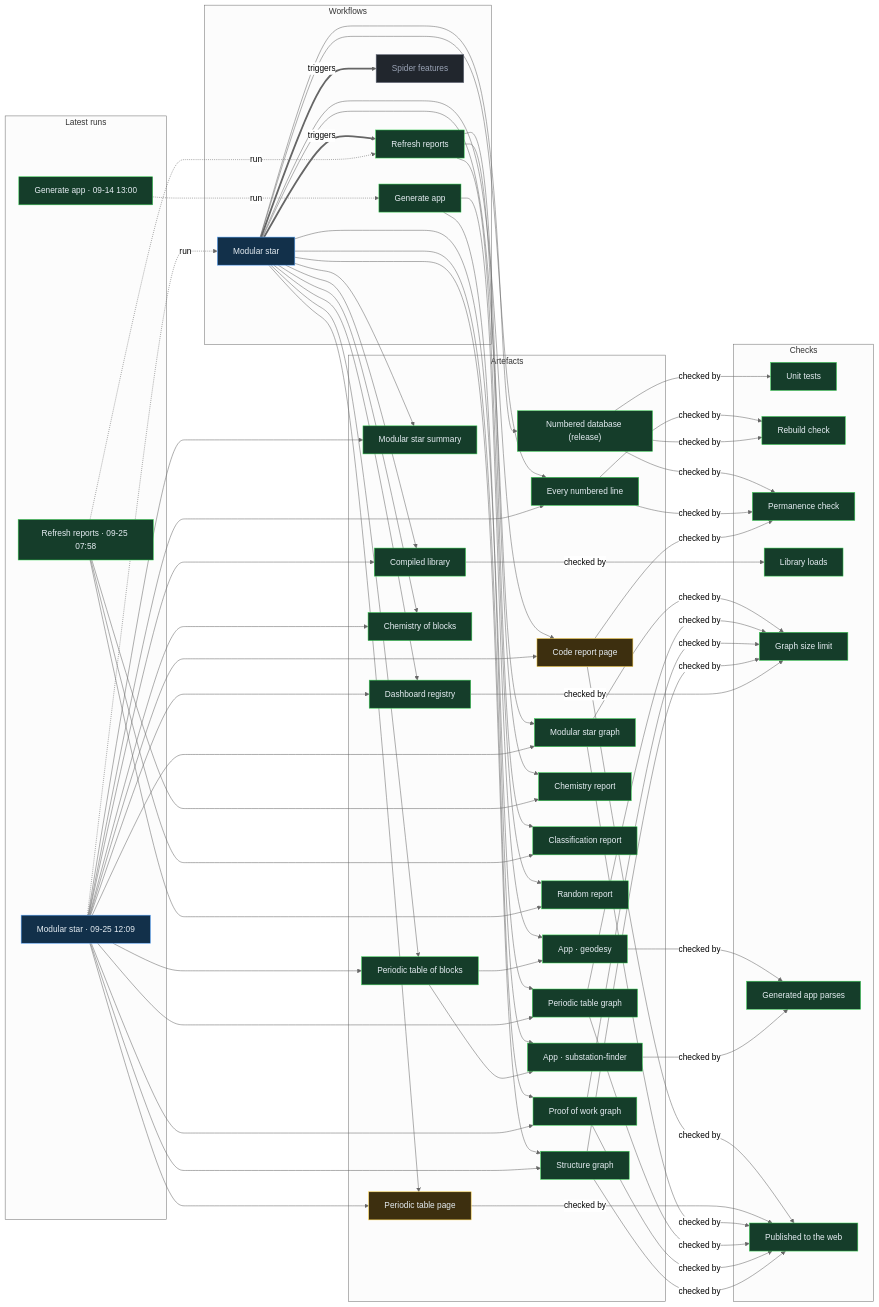
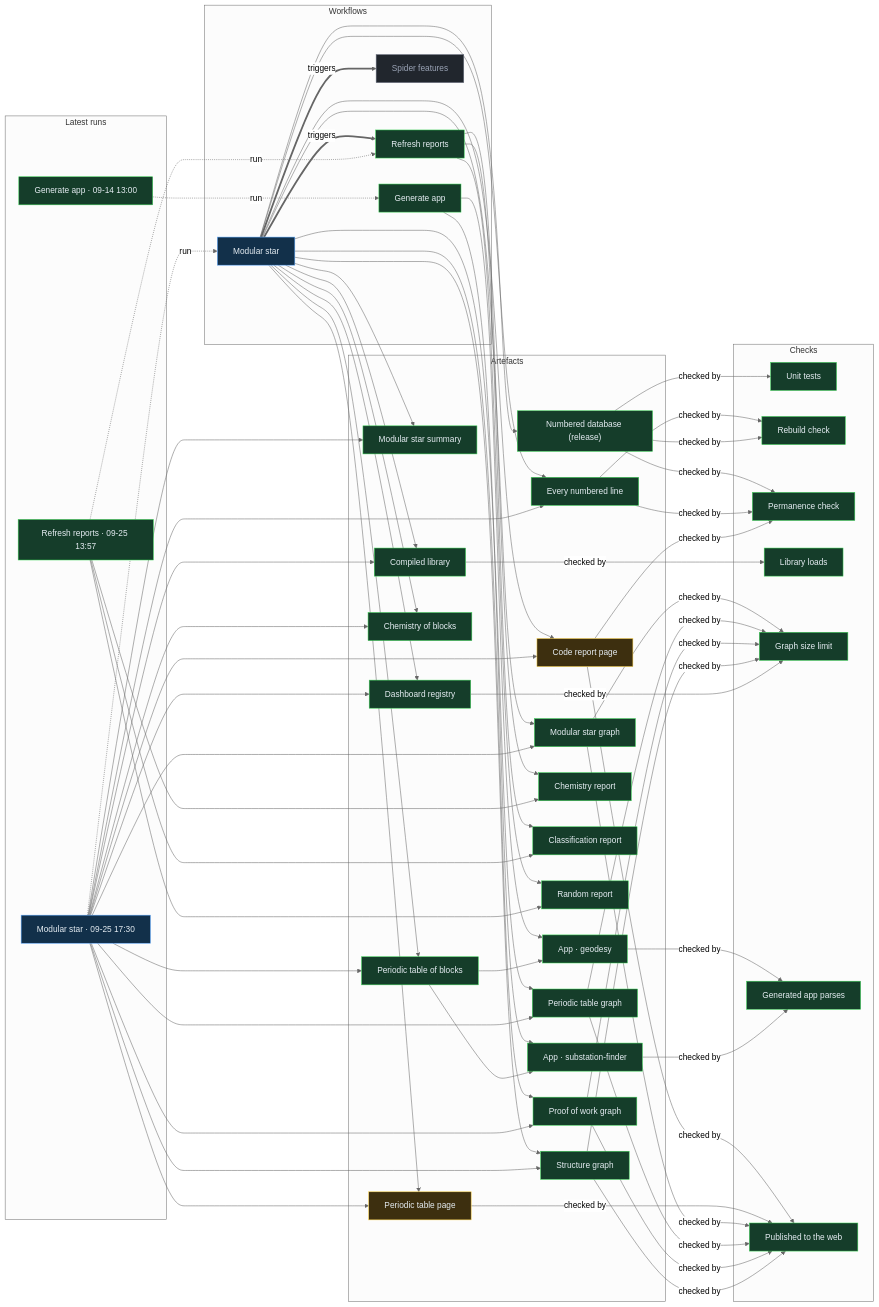
Before and after one commit to Ventusltd/stars: the diagram in proof/PROOF.md, drawn with Mermaid (neutral theme). The commit also changed other lines of this file and 125 other files, not shown here.

Commit message:
Modular star 2026-09-25T17:33Z

```diff
--- a/proof/PROOF.md
+++ b/proof/PROOF.md
@@ -24,8 +24,8 @@
   n_wf_spider_features["Spider features"]:::off
   end
   subgraph g_runs["Latest runs"]
-  n_run_36133300673["Modular star · 09-25 12:09"]:::live
-  n_run_36110446454["Refresh reports · 09-25 07:58"]:::ok
+  n_run_36167589490["Modular star · 09-25 17:30"]:::live
+  n_run_36144291596["Refresh reports · 09-25 13:57"]:::ok
   n_run_34846587798["Generate app · 09-14 13:00"]:::ok
   end
   subgraph g_artefacts["Artefacts"]
@@ -59,39 +59,39 @@
   end
   n_wf_modular_star == triggers ==> n_wf_refresh
   n_wf_modular_star == triggers ==> n_wf_spider_features
-  n_run_36133300673 -. run .-> n_wf_modular_star
-  n_run_36110446454 -. run .-> n_wf_refresh
+  n_run_36167589490 -. run .-> n_wf_modular_star
+  n_run_36144291596 -. run .-> n_wf_refresh
   n_run_34846587798 -. run .-> n_wf_generate
   n_wf_modular_star --> n_art_summary
-  n_run_36133300673 --> n_art_summary
+  n_run_36167589490 --> n_art_summary
   n_wf_modular_star --> n_art_lines
-  n_run_36133300673 --> n_art_lines
+  n_run_36167589490 --> n_art_lines
   n_wf_modular_star --> n_art_code
-  n_run_36133300673 --> n_art_code
+  n_run_36167589490 --> n_art_code
   n_wf_modular_star --> n_art_modular_graph
-  n_run_36133300673 --> n_art_modular_graph
+  n_run_36167589490 --> n_art_modular_graph
   n_wf_modular_star --> n_art_blocks
-  n_run_36133300673 --> n_art_blocks
+  n_run_36167589490 --> n_art_blocks
   n_wf_modular_star --> n_art_table
-  n_run_36133300673 --> n_art_table
+  n_run_36167589490 --> n_art_table
   n_wf_modular_star --> n_art_blocks_graph
-  n_run_36133300673 --> n_art_blocks_graph
+  n_run_36167589490 --> n_art_blocks_graph
   n_wf_modular_star --> n_art_reactions
-  n_run_36133300673 --> n_art_reactions
+  n_run_36167589490 --> n_art_reactions
   n_wf_modular_star --> n_art_library
-  n_run_36133300673 --> n_art_library
+  n_run_36167589490 --> n_art_library
   n_wf_modular_star --> n_art_features
-  n_run_36133300673 --> n_art_features
+  n_run_36167589490 --> n_art_features
   n_wf_modular_star --> n_art_proof
-  n_run_36133300673 --> n_art_proof
+  n_run_36167589490 --> n_art_proof
   n_wf_modular_star --> n_art_structure
-  n_run_36133300673 --> n_art_structure
+  n_run_36167589490 --> n_art_structure
   n_wf_refresh --> n_art_chemistry
-  n_run_36110446454 --> n_art_chemistry
+  n_run_36144291596 --> n_art_chemistry
   n_wf_refresh --> n_art_vedic
-  n_run_36110446454 --> n_art_vedic
+  n_run_36144291596 --> n_art_vedic
   n_wf_refresh --> n_art_random
-  n_run_36110446454 --> n_art_random
+  n_run_36144291596 --> n_art_random
   n_wf_modular_star --> n_art_release
   n_wf_generate --> n_app_geodesy
   n_art_blocks --> n_app_geodesy
```
